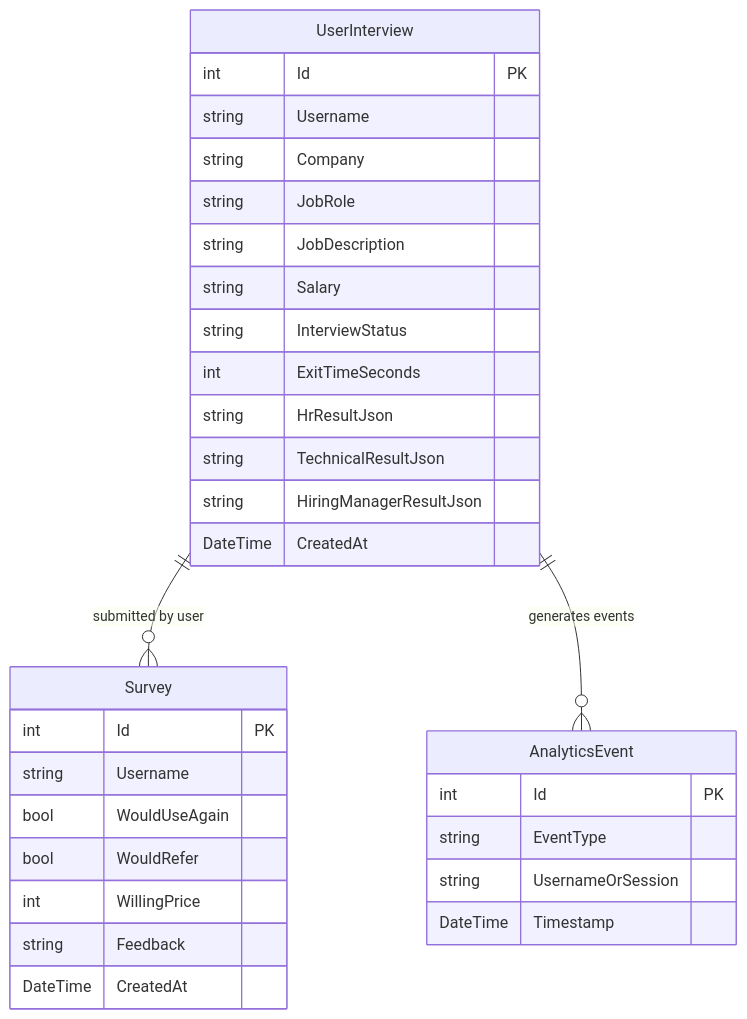
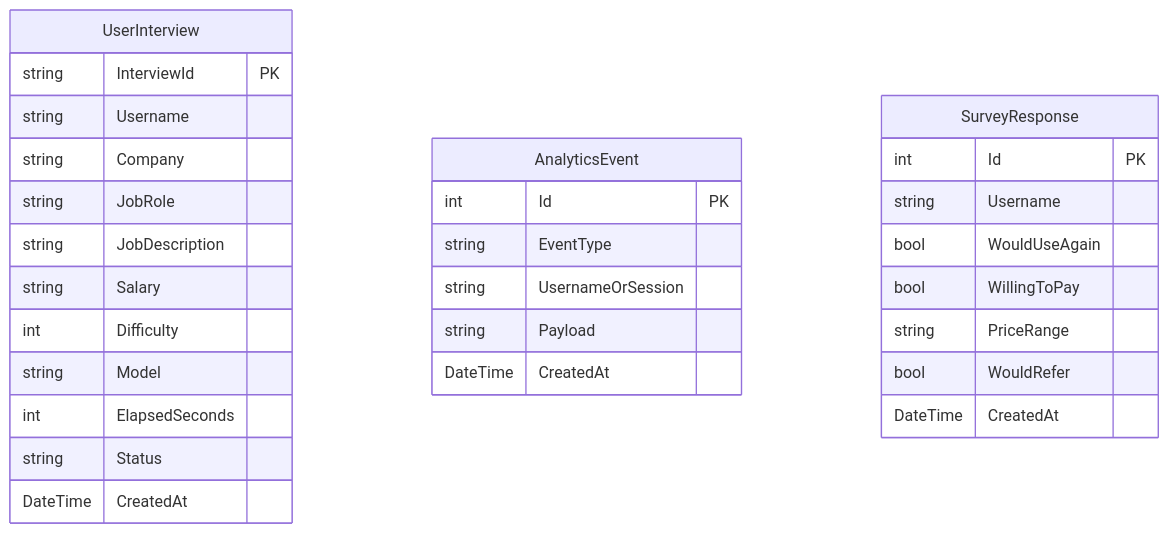
One commit to harsh7870297-png/TRIVE changed the diagram in docs/Database-Schema.md. Above: the diagram before and after it, drawn with Mermaid. The commit also changed other lines of this file and 8 other files, not shown here.

````diff
--- a/docs/Database-Schema.md
+++ b/docs/Database-Schema.md
@@ -50,37 +23,34 @@
 ```mermaid
 erDiagram
-    UserInterview ||--o{ Survey : "submitted by user"
-    UserInterview ||--o{ AnalyticsEvent : "generates events"
-
     UserInterview {
-        int Id PK
+        string InterviewId PK
         string Username
         string Company
         string JobRole
         string JobDescription
         string Salary
-        string InterviewStatus
-        int ExitTimeSeconds
-        string HrResultJson
-        string TechnicalResultJson
-        string HiringManagerResultJson
+        int Difficulty
+        string Model
+        int ElapsedSeconds
+        string Status
         DateTime CreatedAt
     }
 
     AnalyticsEvent {
         int Id PK
         string EventType
         string UsernameOrSession
-        DateTime Timestamp
+        string Payload
+        DateTime CreatedAt
     }
 
-    Survey {
+    SurveyResponse {
         int Id PK
         string Username
         bool WouldUseAgain
+        bool WillingToPay
+        string PriceRange
         bool WouldRefer
-        int WillingPrice
-        string Feedback
         DateTime CreatedAt
     }
 ```
````
